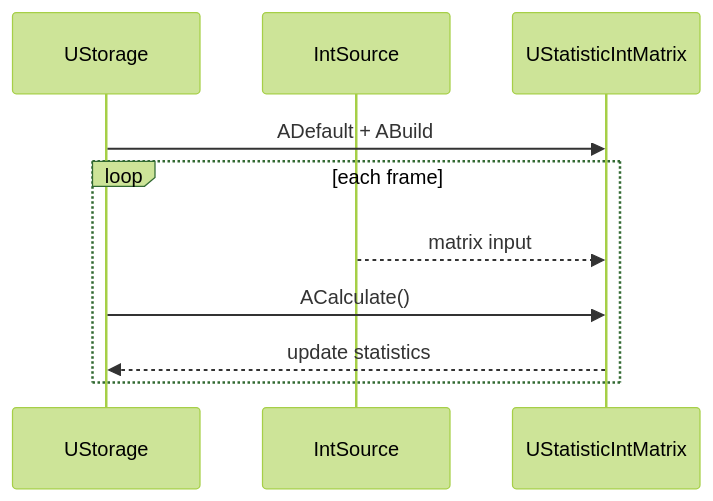
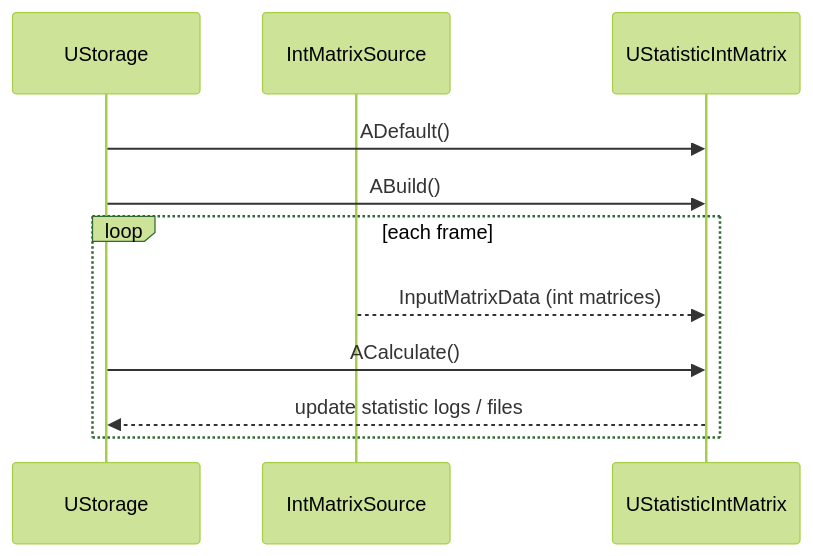
One commit to aicommunity/Rdk-BasicLib changed the second of 5 diagrams in Docs/Components/UStatisticIntMatrix.md. Above: the diagram before and after it, drawn with Mermaid (forest theme). The commit also changed other lines of this file and 14 other files, not shown here.

````diff
--- a/Docs/Components/UStatisticIntMatrix.md
+++ b/Docs/Components/UStatisticIntMatrix.md
@@ -42,12 +66,15 @@
 ```mermaid
 sequenceDiagram
     participant S as UStorage
-    participant Src as IntSource
+    participant Src as IntMatrixSource
     participant St as UStatisticIntMatrix
-    S->>St: ADefault + ABuild
+
+    S->>St: ADefault()
+    S->>St: ABuild()
+
     loop each frame
-        Src-->>St: matrix input
+        Src-->>St: InputMatrixData (int matrices)
         S->>St: ACalculate()
-        St-->>S: update statistics
+        St-->>S: update statistic logs / files
     end
 ```
````
